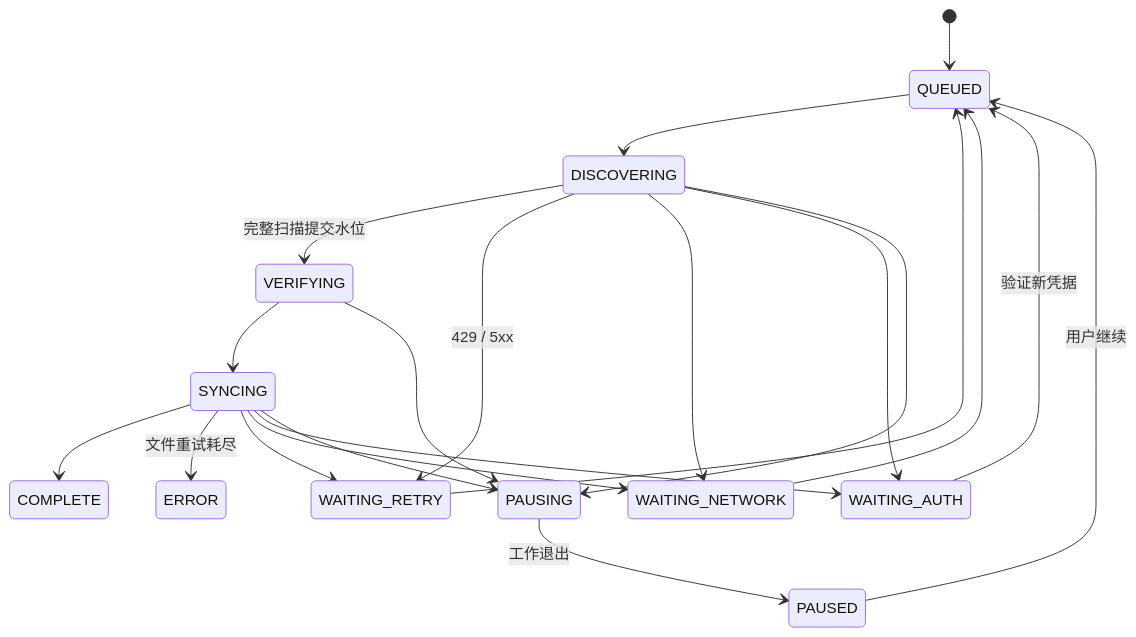
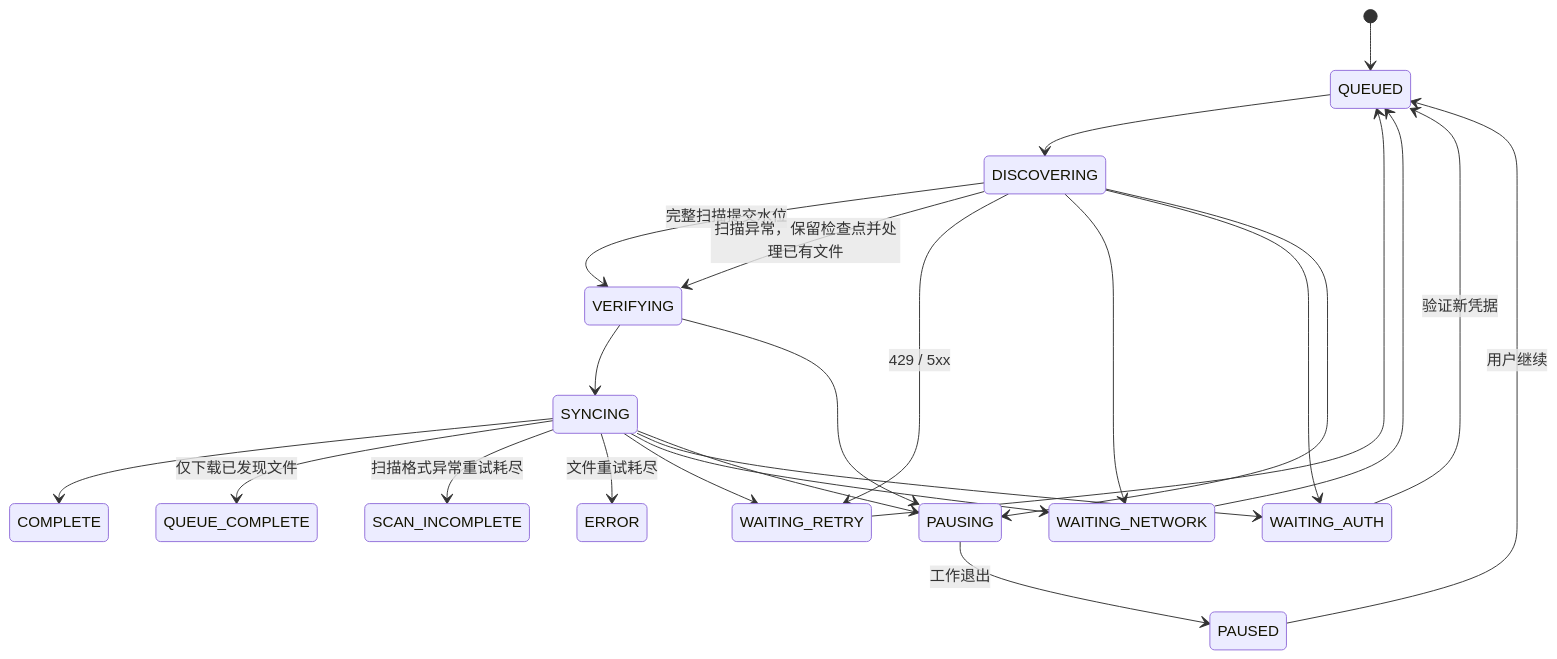
The second of 2 diagrams in docs/architecture.md (homura251/rule34-Downloader), drawn with Mermaid before and after one commit. The commit also changed other lines of this file and 27 other files, not shown here.

````diff
--- a/docs/architecture.md
+++ b/docs/architecture.md
@@ -44,23 +44,26 @@
 ```mermaid
 stateDiagram-v2
     [*] --> QUEUED
     QUEUED --> DISCOVERING
     DISCOVERING --> VERIFYING: 完整扫描提交水位
+    DISCOVERING --> VERIFYING: 扫描异常，保留检查点并处理已有文件
     VERIFYING --> SYNCING
     SYNCING --> COMPLETE
+    SYNCING --> QUEUE_COMPLETE: 仅下载已发现文件
+    SYNCING --> SCAN_INCOMPLETE: 扫描格式异常重试耗尽
     SYNCING --> ERROR: 文件重试耗尽
     DISCOVERING --> WAITING_RETRY: 429 / 5xx
     SYNCING --> WAITING_RETRY
     DISCOVERING --> WAITING_NETWORK
     SYNCING --> WAITING_NETWORK
     WAITING_RETRY --> QUEUED
     WAITING_NETWORK --> QUEUED
     DISCOVERING --> WAITING_AUTH
     SYNCING --> WAITING_AUTH
     WAITING_AUTH --> QUEUED: 验证新凭据
     DISCOVERING --> PAUSING
     VERIFYING --> PAUSING
     SYNCING --> PAUSING
     PAUSING --> PAUSED: 工作退出
     PAUSED --> QUEUED: 用户继续
 ```
````
